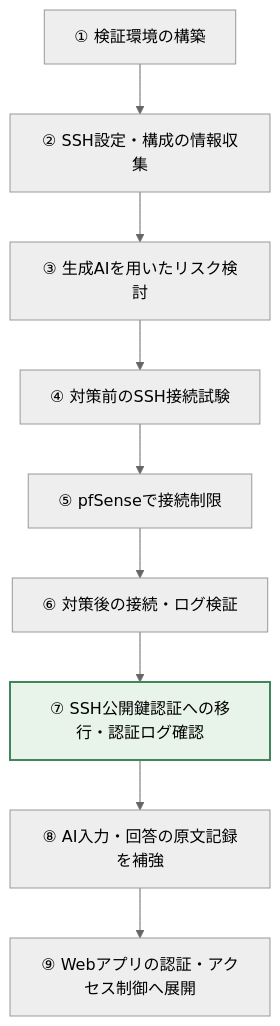
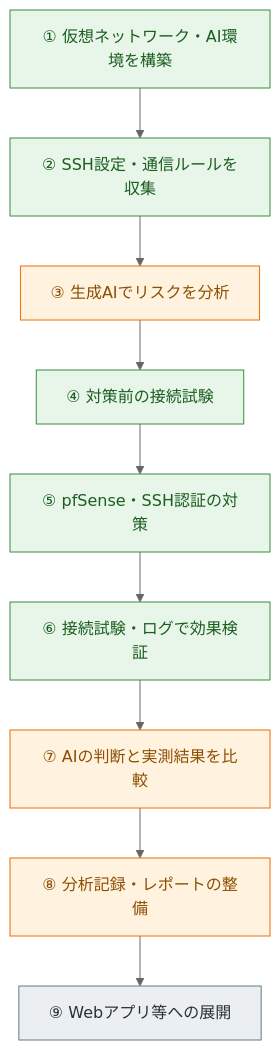
One commit to kcs-j02/Frontier-AI-Security-Risk-Lab changed the diagram in README.md. Above: the diagram before and after it, drawn with Mermaid (neutral theme). The commit also changed other lines of this file and 1 other file, not shown here.

````diff
--- a/README.md
+++ b/README.md
@@ -13,12 +48,17 @@
 ```mermaid
 flowchart TD
-    A[① 検証環境の構築] --> B[② SSH設定・構成の情報収集]
-    B --> C[③ 生成AIを用いたリスク検討]
-    C --> D[④ 対策前のSSH接続試験]
-    D --> E[⑤ pfSenseで接続制限]
-    E --> F[⑥ 対策後の接続・ログ検証]
-    F --> G[⑦ SSH公開鍵認証への移行・認証ログ確認]
-    G --> H[⑧ AI入力・回答の原文記録を補強]
-    H --> I[⑨ Webアプリの認証・アクセス制御へ展開]
-    style G fill:#e8f4ea,stroke:#41865b,stroke-width:2px
+    A["① 仮想ネットワーク・AI環境を構築"] --> B["② SSH設定・通信ルールを収集"]
+    B --> C["③ 生成AIでリスクを分析"]
+    C --> D["④ 対策前の接続試験"]
+    D --> E["⑤ pfSense・SSH認証の対策"]
+    E --> F["⑥ 接続試験・ログで効果検証"]
+    F --> G["⑦ AIの判断と実測結果を比較"]
+    G --> H["⑧ 分析記録・レポートの整備"]
+    H --> I["⑨ Webアプリ等への展開"]
+    classDef done fill:#e8f5e9,stroke:#388e3c,color:#1b5e20;
+    classDef active fill:#fff3e0,stroke:#ef6c00,color:#8d4e00;
+    classDef future fill:#eceff1,stroke:#607d8b,color:#263238;
+    class A,B,D,E,F done;
+    class C,G,H active;
+    class I future;
 ```
````
